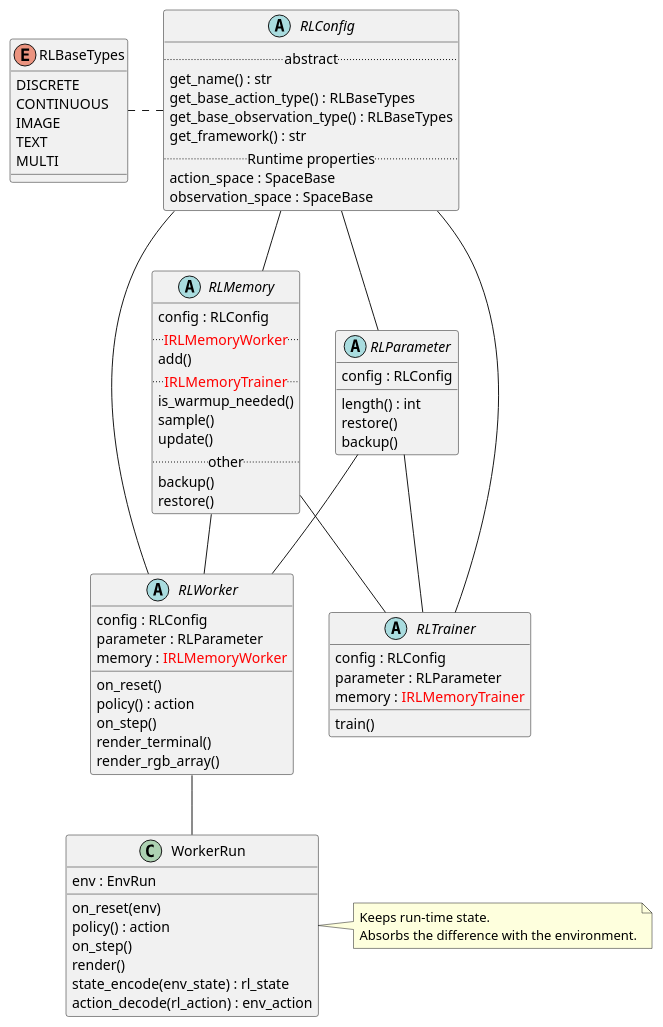
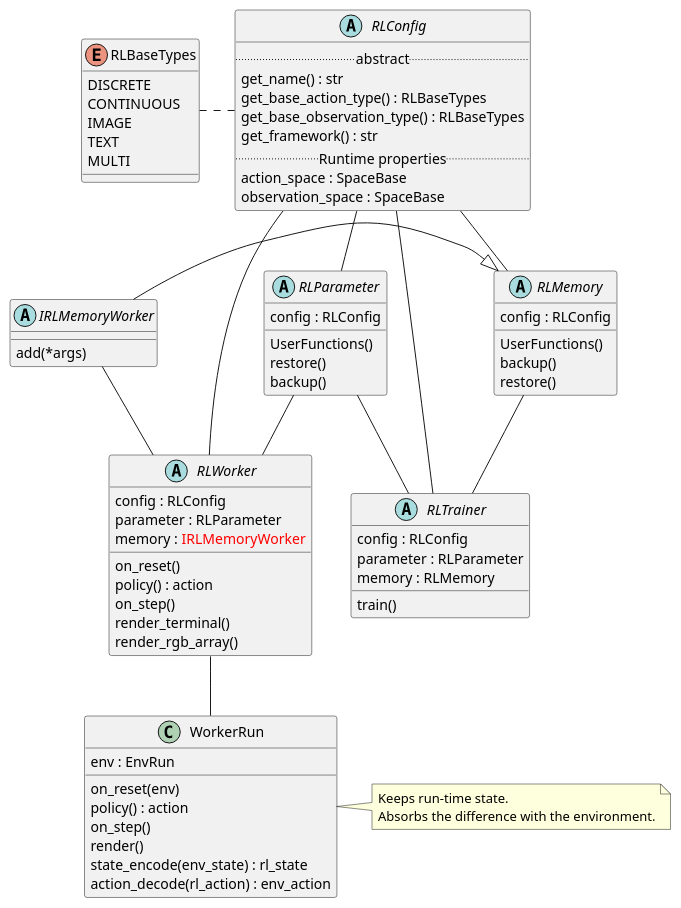
Before and after one commit to pocokhc/simple_distributed_rl: the diagram in diagrams/class_rl.pu, drawn with PlantUML. The commit also changed 41 other files, not shown here.

```diff
--- a/diagrams/class_rl.pu
+++ b/diagrams/class_rl.pu
@@ -1,91 +1,89 @@
 @startuml class_rl
 
 enum RLBaseTypes {
     DISCRETE
     CONTINUOUS
     IMAGE
     TEXT
     MULTI
 }
 
 
 abstract RLConfig {
     .. abstract ..
     get_name() : str
     get_base_action_type() : RLBaseTypes
     get_base_observation_type() : RLBaseTypes
     get_framework() : str
     .. Runtime properties ..
     action_space : SpaceBase
     observation_space : SpaceBase
 }
 
 
+abstract IRLMemoryWorker {
+    add(*args)
+}
 abstract RLMemory {
     config : RLConfig
-    .. <color red>IRLMemoryWorker</color> ..
-    add()
-    .. <color red>IRLMemoryTrainer</color> ..
-    is_warmup_needed()
-    sample()
-    update()
-    .. other ..
+    UserFunctions()
     backup()
     restore()
 }
+IRLMemoryWorker -|> RLMemory
 
 
 abstract RLParameter {
     config : RLConfig
-    length() : int
+    UserFunctions()
     restore()
     backup()
 }
 
 
 abstract RLTrainer {
     config : RLConfig
     parameter : RLParameter
-    memory : <color red>IRLMemoryTrainer</color>
+    memory : RLMemory
     train()
 }
 
 
 abstract RLWorker {
     config : RLConfig
     parameter : RLParameter
     memory : <color red>IRLMemoryWorker</color>
     on_reset()
     policy() : action
     on_step()
     render_terminal()
     render_rgb_array()
 }
 RLWorker -- WorkerRun
 
 
 class WorkerRun {
     env : EnvRun
     on_reset(env)
     policy() : action
     on_step()
     render()
     state_encode(env_state) : rl_state
     action_decode(rl_action) : env_action
 }
 note "Keeps run-time state.\nAbsorbs the difference with the environment." as WorkerRunMemo
 WorkerRun . WorkerRunMemo
 
 RLBaseTypes . RLConfig
 
 RLConfig --- RLWorker
 RLConfig --- RLTrainer
 RLConfig -- RLParameter
 RLConfig -- RLMemory
 
 RLParameter -- RLWorker
 RLParameter -- RLTrainer
-RLMemory -- RLWorker
+IRLMemoryWorker -- RLWorker
 RLMemory -- RLTrainer
 
 @enduml
```
